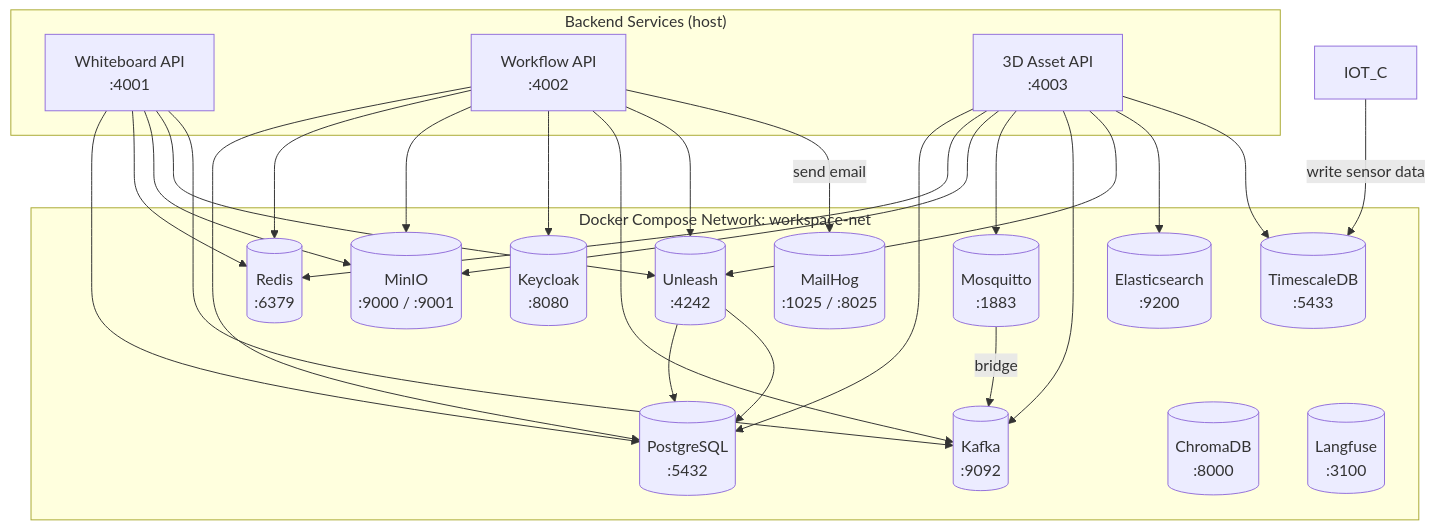
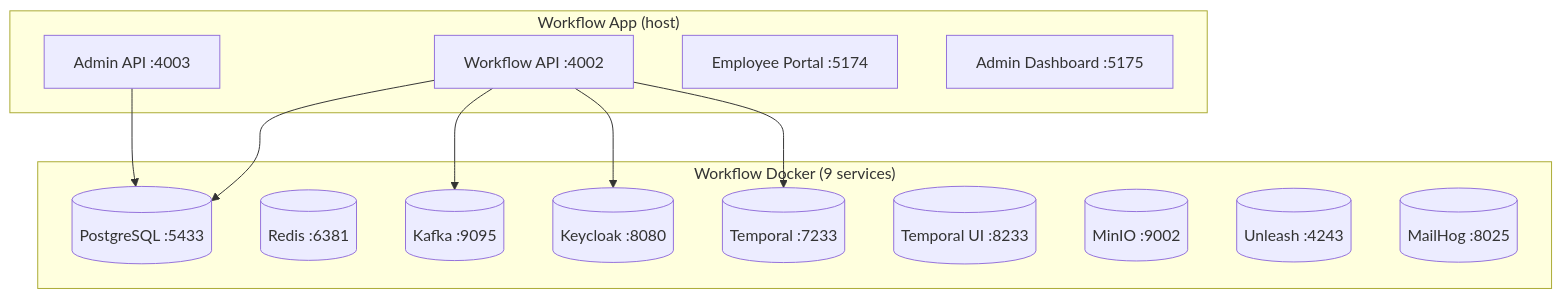
One commit to Eyolf6Coyote7/Eyolf6Coyote7 changed the second of 3 diagrams in docs/global_infra.md. Above: the diagram before and after it, drawn with Mermaid. The commit also changed other lines of this file and 5 other files, not shown here.

````diff
--- a/docs/global_infra.md
+++ b/docs/global_infra.md
@@ -47,48 +35,27 @@
 ```mermaid
 graph TD
-  subgraph "Docker Compose Network: workspace-net"
-    PG[(PostgreSQL<br/>:5432)]
-    RD[(Redis<br/>:6379)]
-    MIO[(MinIO<br/>:9000 / :9001)]
-    KC[(Keycloak<br/>:8080)]
-    MQ[(Mosquitto<br/>:1883)]
-    KF[(Kafka<br/>:9092)]
-    UL[(Unleash<br/>:4242)]
-    MH[(MailHog<br/>:1025 / :8025)]
-    CHR[(ChromaDB<br/>:8000)]
-    ES[(Elasticsearch<br/>:9200)]
-    TS[(TimescaleDB<br/>:5433)]
-    LF[(Langfuse<br/>:3100)]
+  subgraph "Workflow Docker (9 services)"
+    WF_PG[(PostgreSQL :5433)]
+    WF_RD[(Redis :6381)]
+    WF_KF[(Kafka :9095)]
+    WF_KC[(Keycloak :8080)]
+    WF_TMP[(Temporal :7233)]
+    WF_TUI[(Temporal UI :8233)]
+    WF_MIO[(MinIO :9002)]
+    WF_UL[(Unleash :4243)]
+    WF_MH[(MailHog :8025)]
   end
 
-  subgraph "Backend Services (host)"
-    WB[Whiteboard API<br/>:4001]
-    WF[Workflow API<br/>:4002]
-    TD[3D Asset API<br/>:4003]
+  subgraph "Workflow App (host)"
+    WF_API[Workflow API :4002]
+    WF_ADM[Admin API :4003]
+    WF_EMP[Employee Portal :5174]
+    WF_DASH[Admin Dashboard :5175]
   end
 
-  WB --> PG
-  WB --> RD
-  WB --> MIO
-  WB --> UL
-  WB --> KF
-  WF --> PG
-  WF --> RD
-  WF --> MIO
-  WF --> KC
-  WF --> KF
-  WF --> UL
-  WF -->|send email| MH
-  TD --> PG
-  TD --> RD
-  TD --> MIO
-  TD --> MQ
-  MQ -->|bridge| KF
-  TD --> KF
-  TD --> UL
-  TD --> ES
-  TD --> TS
-  IOT_C -->|write sensor data| TS
-  UL --> PG
-  UL --> PG
+  WF_API --> WF_PG
+  WF_API --> WF_KF
+  WF_API --> WF_TMP
+  WF_API --> WF_KC
+  WF_ADM --> WF_PG
 ```
````
